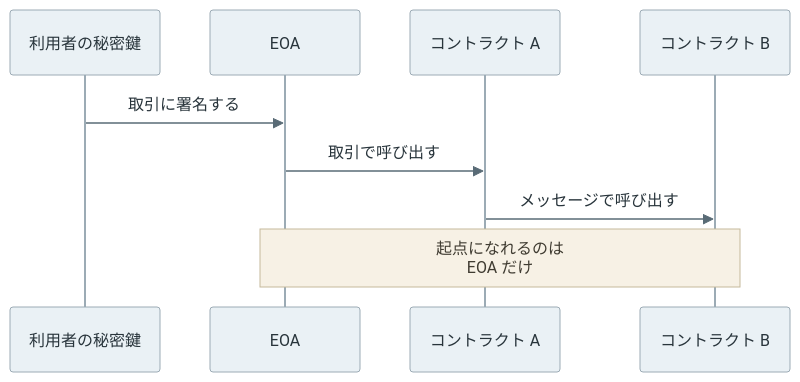
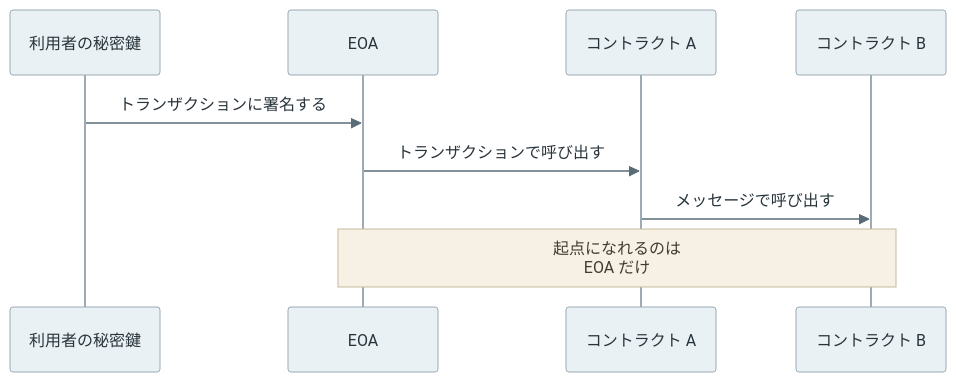
One commit to nao1215/debimate changed the first of 3 diagrams in content/notes/blockchain-systems/ethereum-account-model/index.md. Above: the diagram before and after it, drawn with Mermaid. The commit also changed other lines of this file and 129 other files, not shown here.

````diff
--- a/content/notes/blockchain-systems/ethereum-account-model/index.md
+++ b/content/notes/blockchain-systems/ethereum-account-model/index.md
@@ -58,12 +58,12 @@
 ```mermaid
 %%{init: {"theme":"base","themeVariables":{"primaryColor":"#eaf1f5","primaryTextColor":"#28343b","primaryBorderColor":"#9cabb5","lineColor":"#596b76","textColor":"#28343b","actorBkg":"#eaf1f5","actorBorder":"#9cabb5","actorTextColor":"#28343b","actorLineColor":"#9cabb5","signalColor":"#596b76","signalTextColor":"#28343b","noteBkgColor":"#f7f1e5","noteBorderColor":"#c5b99b","noteTextColor":"#403c32","activationBkgColor":"#edf3ef","activationBorderColor":"#9aafa1"}}}%%
 sequenceDiagram
     participant K as 利用者の秘密鍵
     participant E as EOA
     participant C1 as コントラクト A
     participant C2 as コントラクト B
-    K->>E: 取引に署名する
-    E->>C1: 取引で呼び出す
+    K->>E: トランザクションに署名する
+    E->>C1: トランザクションで呼び出す
     C1->>C2: メッセージで呼び出す
     Note over E,C2: 起点になれるのは<br/>EOA だけ
 ```
````
